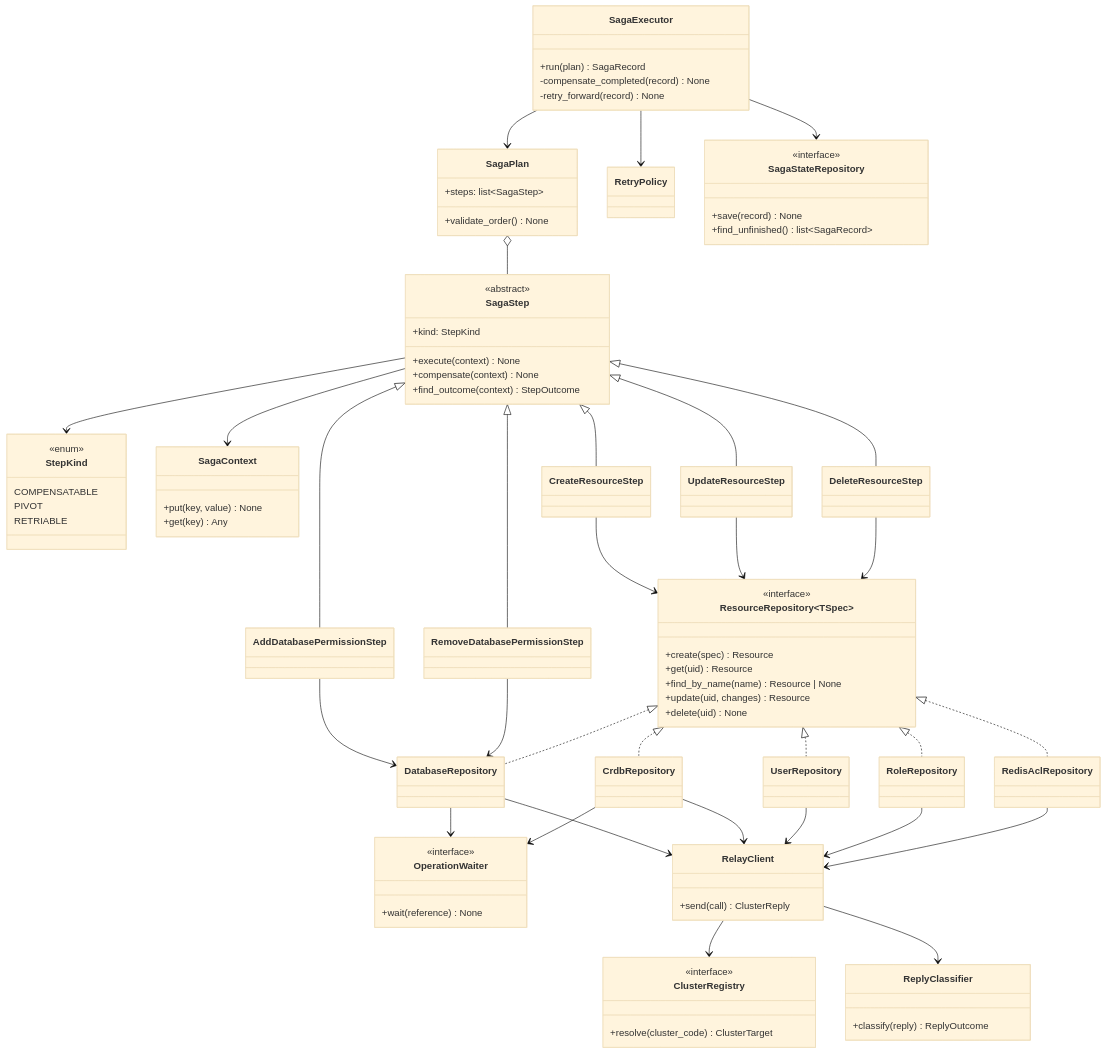
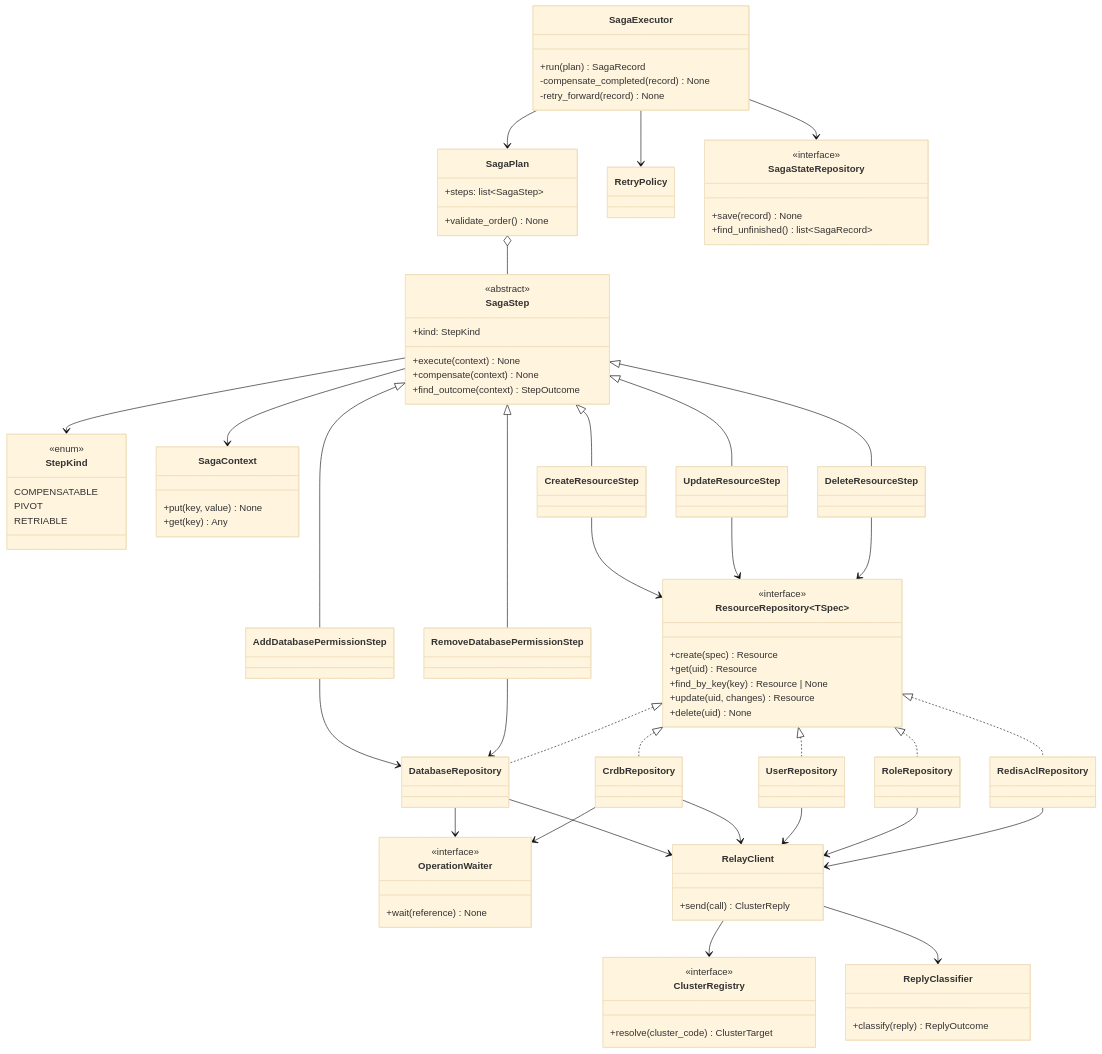
The second of 2 diagrams in docs/design/saga.md (EliShteinman/redis-enterprise-services), drawn with Mermaid (base theme) before and after one commit. The commit also changed other lines of this file, not shown here.

```diff
--- a/docs/design/saga.md
+++ b/docs/design/saga.md
@@ -414,7 +438,7 @@
         <<interface>>
         +create(spec) Resource
         +get(uid) Resource
-        +find_by_name(name) Resource | None
+        +find_by_key(key) Resource | None
         +update(uid, changes) Resource
         +delete(uid) None
     }
```
